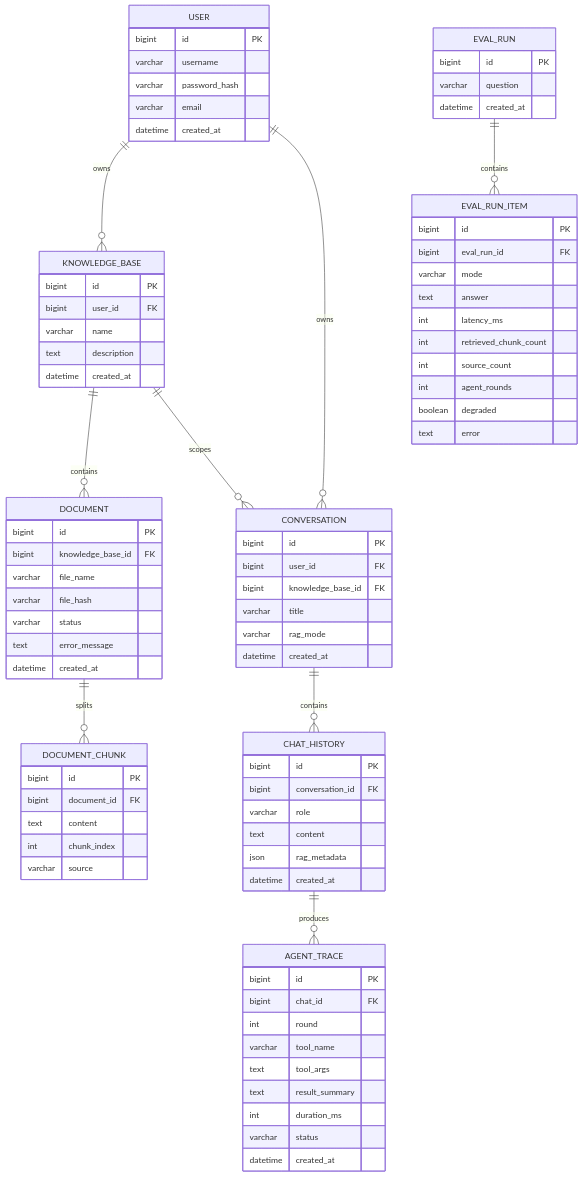
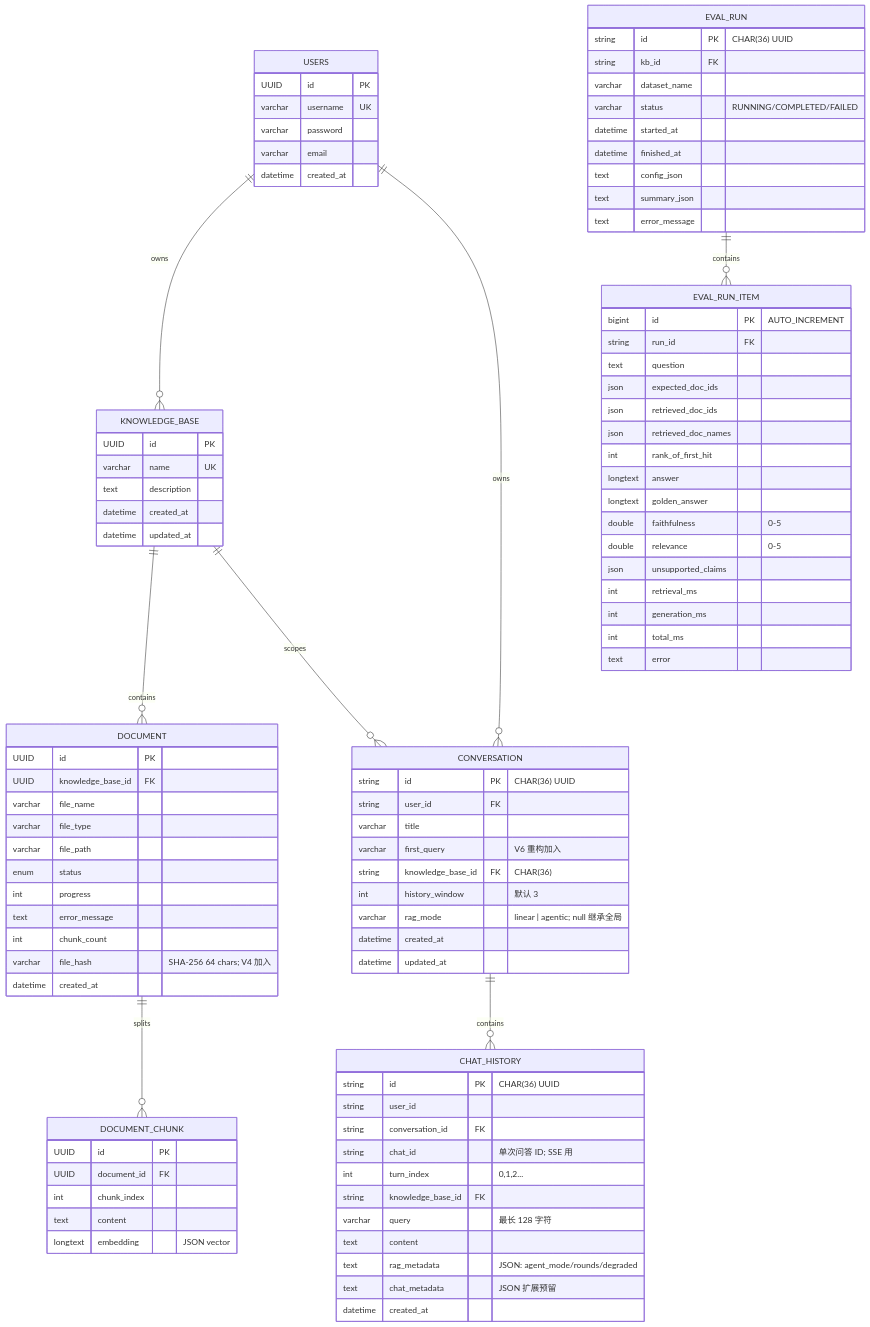
The second of 4 diagrams in docs/summary/data-view.md (Ruadgedy/RAG-demo), drawn with Mermaid before and after one commit. The commit also changed other lines of this file and 4 other files, not shown here.

Commit message:
docs(summary): 按代码事实修正 4+1 视图（10 项 F-001~F-010）

````diff
--- a/docs/summary/data-view.md
+++ b/docs/summary/data-view.md
@@ -45,86 +49,98 @@
 ```mermaid
 erDiagram
-  USER ||--o{ KNOWLEDGE_BASE : owns
-  USER ||--o{ CONVERSATION : owns
+  USERS ||--o{ KNOWLEDGE_BASE : owns
+  USERS ||--o{ CONVERSATION : owns
   KNOWLEDGE_BASE ||--o{ DOCUMENT : contains
   KNOWLEDGE_BASE ||--o{ CONVERSATION : scopes
   DOCUMENT ||--o{ DOCUMENT_CHUNK : splits
   CONVERSATION ||--o{ CHAT_HISTORY : contains
-  CHAT_HISTORY ||--o{ AGENT_TRACE : produces
   EVAL_RUN ||--o{ EVAL_RUN_ITEM : contains
 
-  USER {
-    bigint id PK
-    varchar username
-    varchar password_hash
+  USERS {
+    UUID id PK
+    varchar username UK
+    varchar password
     varchar email
     datetime created_at
   }
   KNOWLEDGE_BASE {
-    bigint id PK
-    bigint user_id FK
-    varchar name
+    UUID id PK
+    varchar name UK
     text description
     datetime created_at
+    datetime updated_at
   }
   DOCUMENT {
-    bigint id PK
-    bigint knowledge_base_id FK
+    UUID id PK
+    UUID knowledge_base_id FK
     varchar file_name
-    varchar file_hash
-    varchar status
+    varchar file_type
+    varchar file_path
+    enum status
+    int progress
     text error_message
+    int chunk_count
+    varchar file_hash "SHA-256 64 chars; V4 加入"
     datetime created_at
   }
   DOCUMENT_CHUNK {
-    bigint id PK
-    bigint document_id FK
+    UUID id PK
+    UUID document_id FK
+    int chunk_index
     text content
-    int chunk_index
-    varchar source
+    longtext embedding "JSON vector"
   }
   CONVERSATION {
-    bigint id PK
-    bigint user_id FK
-    bigint knowledge_base_id FK
+    string id PK "CHAR(36) UUID"
+    string user_id FK
     varchar title
-    varchar rag_mode
+    varchar first_query "V6 重构加入"
+    string knowledge_base_id FK "CHAR(36)"
+    int history_window "默认 3"
+    varchar rag_mode "linear | agentic; null 继承全局"
     datetime created_at
+    datetime updated_at
   }
   CHAT_HISTORY {
-    bigint id PK
-    bigint conversation_id FK
-    varchar role
+    string id PK "CHAR(36) UUID"
+    string user_id
+    string conversation_id FK
+    string chat_id "单次问答 ID; SSE 用"
+    int turn_index "0,1,2..."
+    string knowledge_base_id FK
+    varchar query "最长 128 字符"
     text content
-    json rag_metadata
-    datetime created_at
-  }
-  AGENT_TRACE {
-    bigint id PK
-    bigint chat_id FK
-    int round
-    varchar tool_name
-    text tool_args
-    text result_summary
-    int duration_ms
-    varchar status
+    text rag_metadata "JSON: agent_mode/rounds/degraded"
+    text chat_metadata "JSON 扩展预留"
     datetime created_at
   }
   EVAL_RUN {
-    bigint id PK
-    varchar question
-    datetime created_at
+    string id PK "CHAR(36) UUID"
+    string kb_id FK
+    varchar dataset_name
+    varchar status "RUNNING/COMPLETED/FAILED"
+    datetime started_at
+    datetime finished_at
+    text config_json
+    text summary_json
+    text error_message
   }
   EVAL_RUN_ITEM {
-    bigint id PK
-    bigint eval_run_id FK
-    varchar mode
-    text answer
-    int latency_ms
-    int retrieved_chunk_count
-    int source_count
-    int agent_rounds
-    boolean degraded
+    bigint id PK "AUTO_INCREMENT"
+    string run_id FK
+    text question
+    json expected_doc_ids
+    json retrieved_doc_ids
+    json retrieved_doc_names
+    int rank_of_first_hit
+    longtext answer
+    longtext golden_answer
+    double faithfulness "0-5"
+    double relevance "0-5"
+    json unsupported_claims
+    int retrieval_ms
+    int generation_ms
+    int total_ms
     text error
   }
 ```
````
